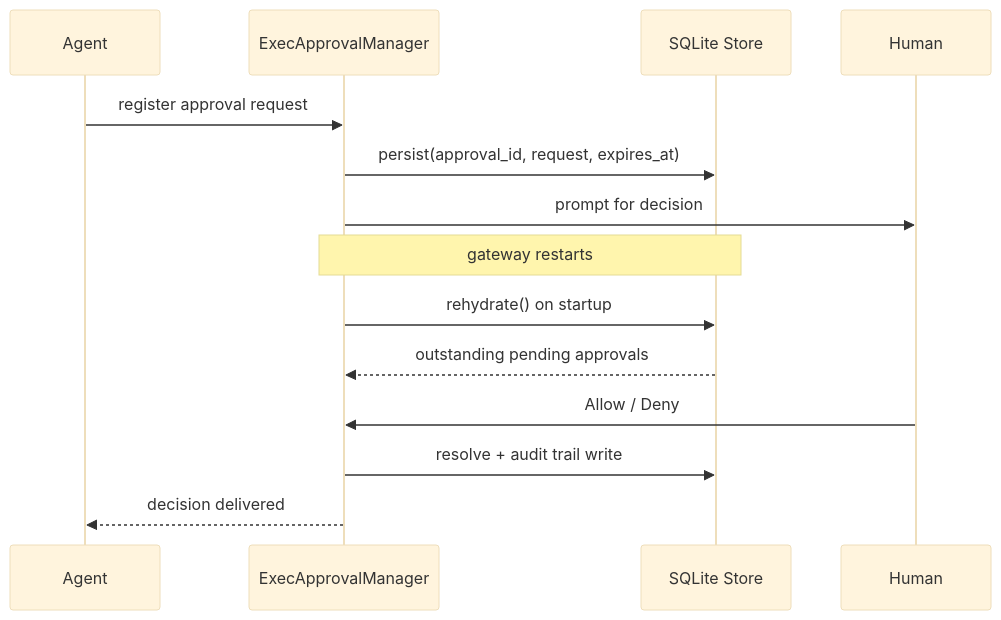
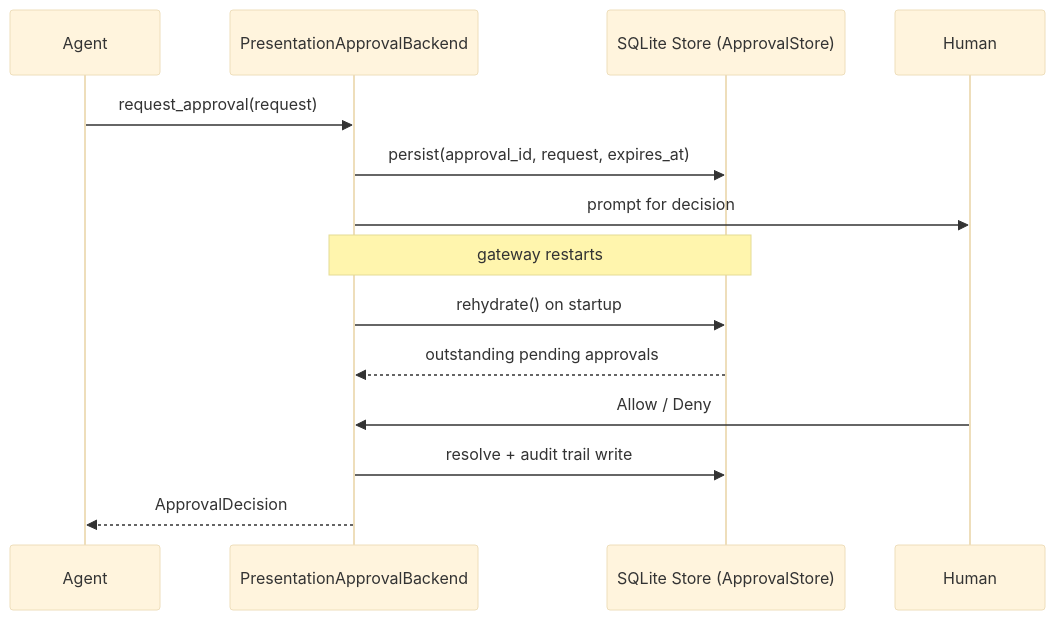
One commit to MervinPraison/PraisonAIDocs changed the second of 2 diagrams in docs/features/gateway-approval-durability.mdx. Above: the diagram before and after it, drawn with Mermaid (base theme). The commit also changed other lines of this file, not shown here.

First line of the commit message:
fix(docs): correct gateway-approval-durability to reflect actual SDK

````diff
--- a/docs/features/gateway-approval-durability.mdx
+++ b/docs/features/gateway-approval-durability.mdx
@@ -67,17 +71,17 @@
 ```mermaid
 sequenceDiagram
     participant Agent
-    participant Manager as ExecApprovalManager
-    participant Store as SQLite Store
+    participant Backend as PresentationApprovalBackend
+    participant Store as SQLite Store (ApprovalStore)
     participant Human
 
-    Agent->>Manager: register approval request
-    Manager->>Store: persist(approval_id, request, expires_at)
-    Manager->>Human: prompt for decision
-    Note over Manager,Store: gateway restarts
-    Manager->>Store: rehydrate() on startup
-    Store-->>Manager: outstanding pending approvals
-    Human->>Manager: Allow / Deny
-    Manager->>Store: resolve + audit trail write
-    Manager-->>Agent: decision delivered
+    Agent->>Backend: request_approval(request)
+    Backend->>Store: persist(approval_id, request, expires_at)
+    Backend->>Human: prompt for decision
+    Note over Backend,Store: gateway restarts
+    Backend->>Store: rehydrate() on startup
+    Store-->>Backend: outstanding pending approvals
+    Human->>Backend: Allow / Deny
+    Backend->>Store: resolve + audit trail write
+    Backend-->>Agent: ApprovalDecision
 ```
````
